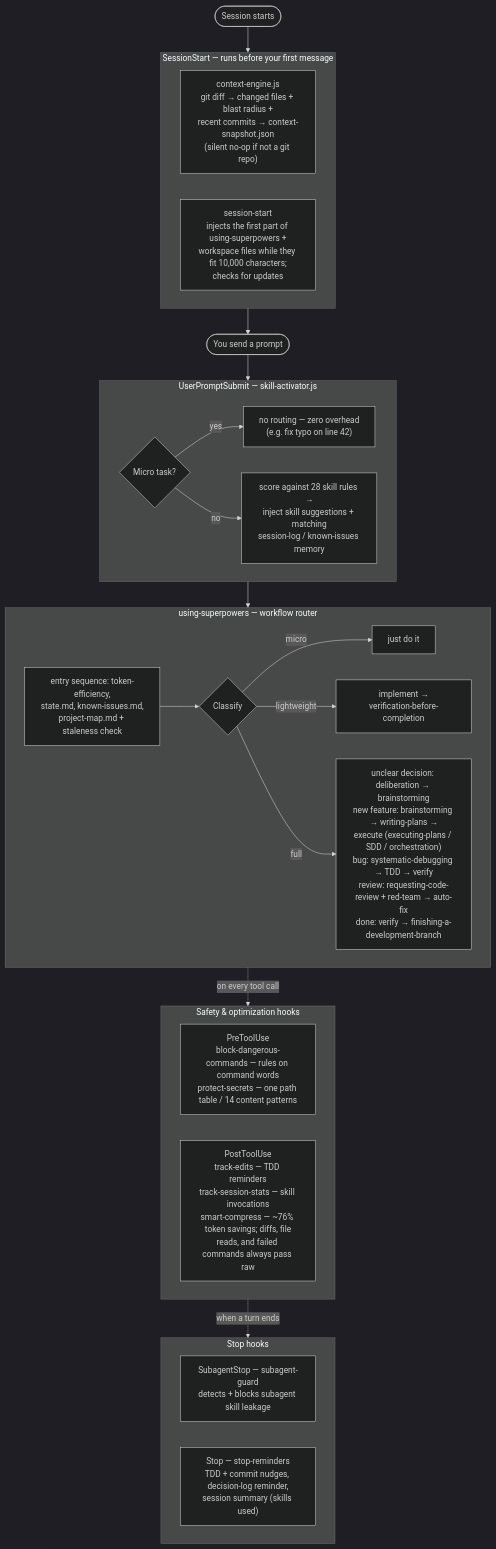
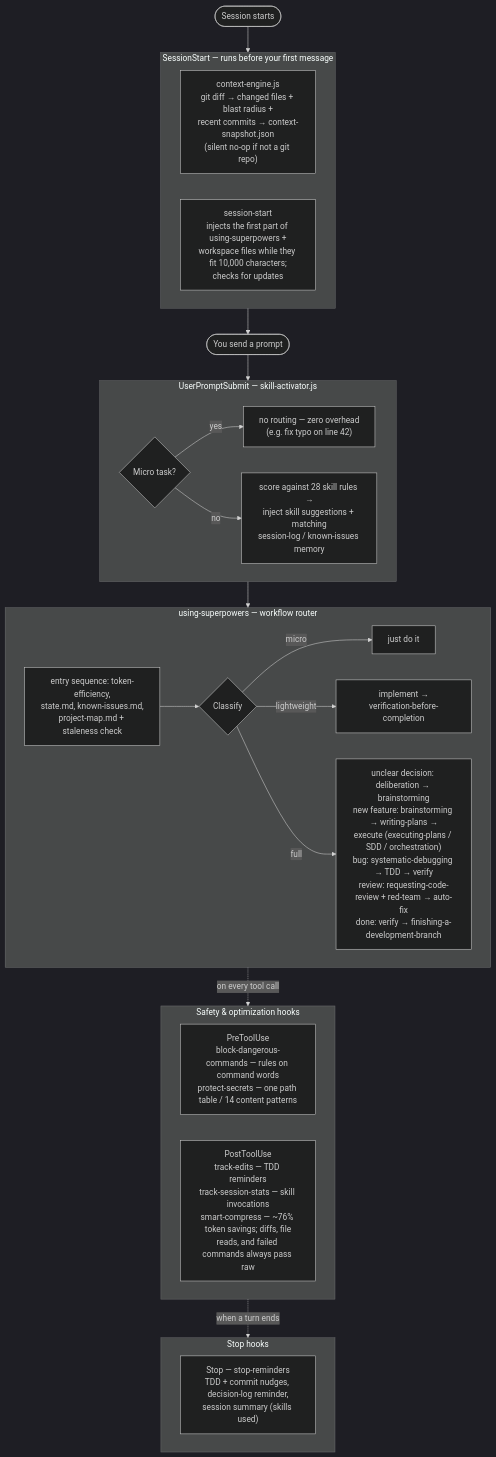
Before and after one commit to brunob54/superpowers-optimized: the diagram in README.md, drawn with Mermaid (dark theme). The commit also changed other lines of this file and 17 other files, not shown here.

First line of the commit message:
fix(hooks): remove the subagent guard

````diff
--- a/README.md
+++ b/README.md
@@ -92,41 +92,40 @@
 ```mermaid
 flowchart TD
     START([Session starts]) --> SS
 
     subgraph SS["SessionStart — runs before your first message"]
         CE["context-engine.js<br/>git diff → changed files + blast radius +<br/>recent commits → context-snapshot.json<br/>(silent no-op if not a git repo)"]
         SST["session-start<br/>injects the first part of using-superpowers +<br/>workspace files while they fit 10,000 characters;<br/>checks for updates"]
     end
 
     SS --> PROMPT([You send a prompt])
     PROMPT --> SA
 
     subgraph SA["UserPromptSubmit — skill-activator.js"]
         Q1{"Micro task?"} -->|yes| Z1["no routing — zero overhead<br/>(e.g. fix typo on line 42)"]
         Q1 -->|no| SCORE["score against 28 skill rules →<br/>inject skill suggestions + matching<br/>session-log / known-issues memory"]
     end
 
     SA --> RT
 
     subgraph RT["using-superpowers — workflow router"]
         ES["entry sequence: token-efficiency,<br/>state.md, known-issues.md,<br/>project-map.md + staleness check"]
         ES --> CLS{"Classify"}
         CLS -->|micro| JD["just do it"]
         CLS -->|lightweight| LW["implement →<br/>verification-before-completion"]
         CLS -->|full| FULL["unclear decision: deliberation → brainstorming<br/>new feature: brainstorming → writing-plans →<br/>execute (executing-plans / SDD / orchestration)<br/>bug: systematic-debugging → TDD → verify<br/>review: requesting-code-review + red-team → auto-fix<br/>done: verify → finishing-a-development-branch"]
     end
 
     RT -.->|"on every tool call"| TOOLS
 
     subgraph TOOLS["Safety & optimization hooks"]
         PRE["PreToolUse<br/>block-dangerous-commands — rules on command words<br/>protect-secrets — one path table / 14 content patterns"]
         POST["PostToolUse<br/>track-edits — TDD reminders<br/>track-session-stats — skill invocations<br/>smart-compress — ~76% token savings; diffs, file<br/>reads, and failed commands always pass raw"]
     end
 
     TOOLS -.->|"when a turn ends"| STOPS
 
     subgraph STOPS["Stop hooks"]
-        SG["SubagentStop — subagent-guard<br/>detects + blocks subagent skill leakage"]
         SR["Stop — stop-reminders<br/>TDD + commit nudges, decision-log reminder,<br/>session summary (skills used)"]
     end
 ```
````
